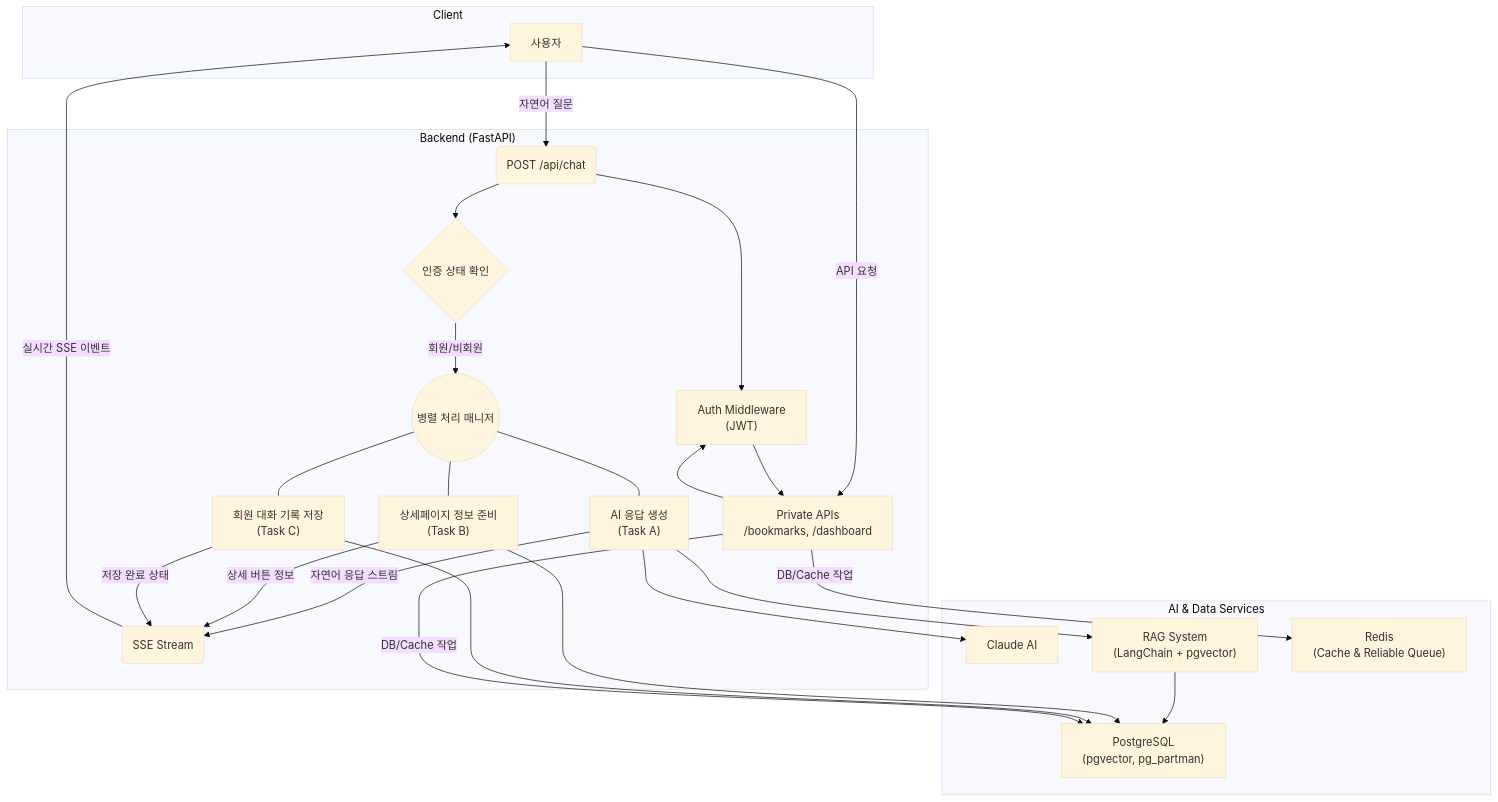
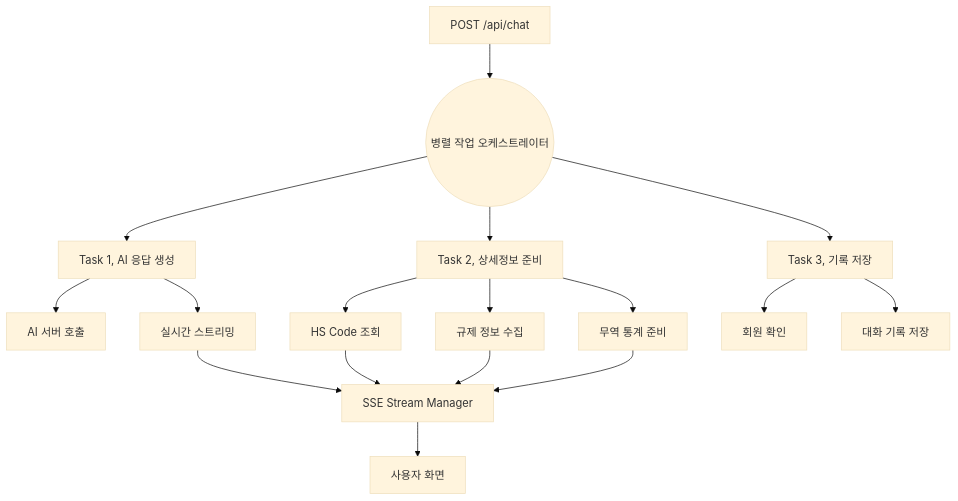
The second of 3 diagrams in README.md (GodsB1025/traibot_project), drawn with Mermaid (base theme) before and after one commit. The commit also changed other lines of this file, not shown here.

````diff
--- a/README.md
+++ b/README.md
@@ -113,37 +174,24 @@
 ```mermaid
 graph TD
-    subgraph "Client"
-        A[사용자]
-    end
-
-    subgraph "Backend (FastAPI)"
-        B(POST /api/chat)
-        C{인증 상태 확인}
-        D["AI 응답 생성<br/>(Task A)"]
-        E["상세페이지 정보 준비<br/>(Task B)"]
-        F["회원 대화 기록 저장<br/>(Task C)"]
-        G((병렬 처리 매니저))
-        H(SSE Stream)
-        I["Auth Middleware<br/>(JWT)"]
-        J["Private APIs<br/>/bookmarks, /dashboard"]
-    end
-
-    subgraph "AI & Data Services"
-        K[Claude AI]
-        L["RAG System<br/>(LangChain + pgvector)"]
-        M["PostgreSQL<br/>(pgvector, pg_partman)"]
-        N["Redis<br/>(Cache & Reliable Queue)"]
-    end
-
-    A -- "자연어 질문" --> B
-    B --> I; B --> C
-    C -- "회원/비회원" --> G
-    G --- D & E & F
-    D -- "자연어 응답 스트림" --> H
-    E -- "상세 버튼 정보" --> H
-    F -- "저장 완료 상태" --> H
-    D --> K & L; L --> M; E --> M; F --> M
-    H -- "실시간 SSE 이벤트" --> A
-    A -- "API 요청" --> J; J --> I --> J
-    J -- "DB/Cache 작업" --> M & N
+    A[POST /api/chat] --> B((병렬 작업 오케스트레이터))
+    
+    B --> T1[Task 1, AI 응답 생성]
+    B --> T2[Task 2, 상세정보 준비] 
+    B --> T3[Task 3, 기록 저장]
+    
+    T1 --> E1[AI 서버 호출]
+    T1 --> E2[실시간 스트리밍]
+    
+    T2 --> E3[HS Code 조회]
+    T2 --> E4[규제 정보 수집]
+    T2 --> E5[무역 통계 준비]
+    
+    T3 --> E6[회원 확인]
+    T3 --> E7[대화 기록 저장]
+    
+    E2 --> SSE[SSE Stream Manager]
+    E3 --> SSE
+    E4 --> SSE
+    E5 --> SSE
+    SSE --> USER[사용자 화면]
 ```
````
